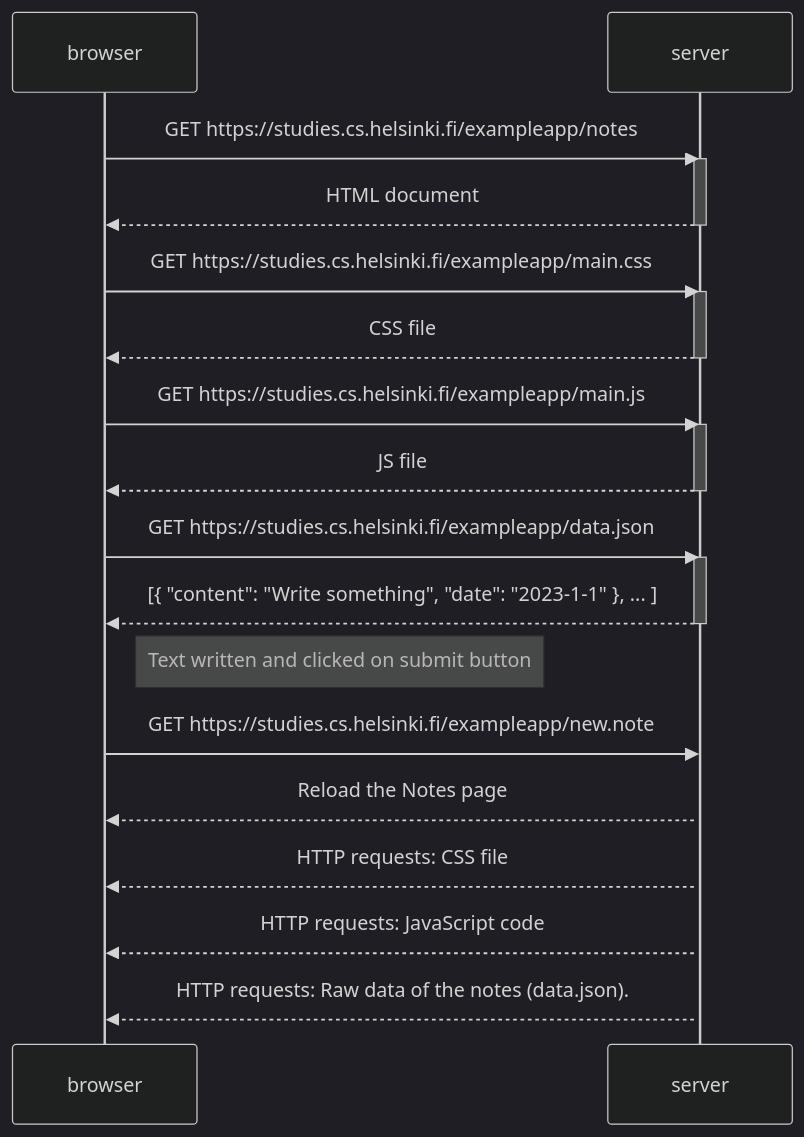
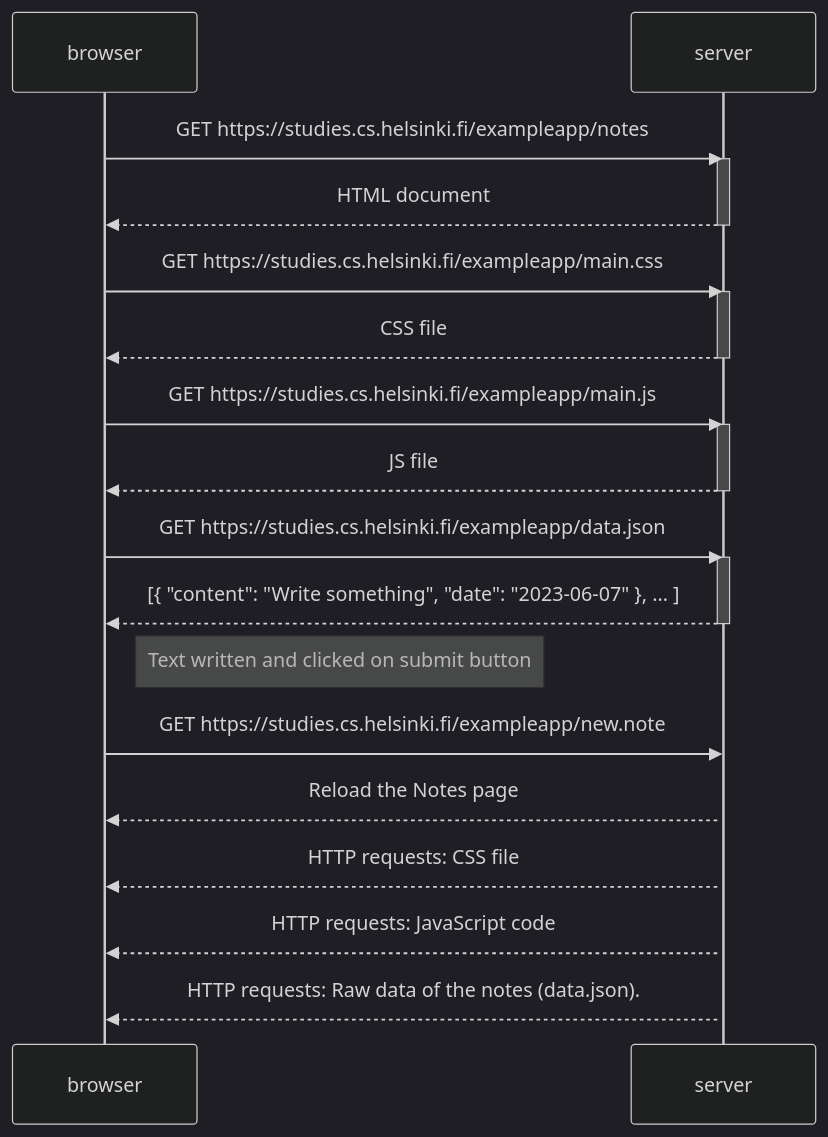
Before and after one commit to vinci19/-Full-Stack-Open-2023: the diagram in 0.4_New_note_diagram.md, drawn with Mermaid (dark theme).

````diff
--- a/0.4_New_note_diagram.md
+++ b/0.4_New_note_diagram.md
@@ -1,34 +1,34 @@
 ```mermaid
 sequenceDiagram
     participant browser
     participant server
 
     browser->>server: GET https://studies.cs.helsinki.fi/exampleapp/notes
     activate server
     server-->>browser: HTML document
     deactivate server
 
     browser->>server: GET https://studies.cs.helsinki.fi/exampleapp/main.css
     activate server
     server-->>browser: CSS file
     deactivate server
 
     browser->>server: GET https://studies.cs.helsinki.fi/exampleapp/main.js
     activate server
     server-->>browser: JS file
     deactivate server
 
     browser->>server: GET https://studies.cs.helsinki.fi/exampleapp/data.json
     activate server
-    server-->>browser: [{ "content": "Write something", "date": "2023-1-1" }, ... ]
+    server-->>browser: [{ "content": "Write something", "date": "2023-06-07" }, ... ]
     deactivate server
 
     Note right of browser : Text written and clicked on submit button
 
     browser->>server: GET https://studies.cs.helsinki.fi/exampleapp/new.note
     activate server
     server-->>browser: Reload the Notes page
     server-->>browser: HTTP requests: CSS file
     server-->>browser: HTTP requests: JavaScript code
     server-->>browser: HTTP requests: Raw data of the notes (data.json).
 ```
````
